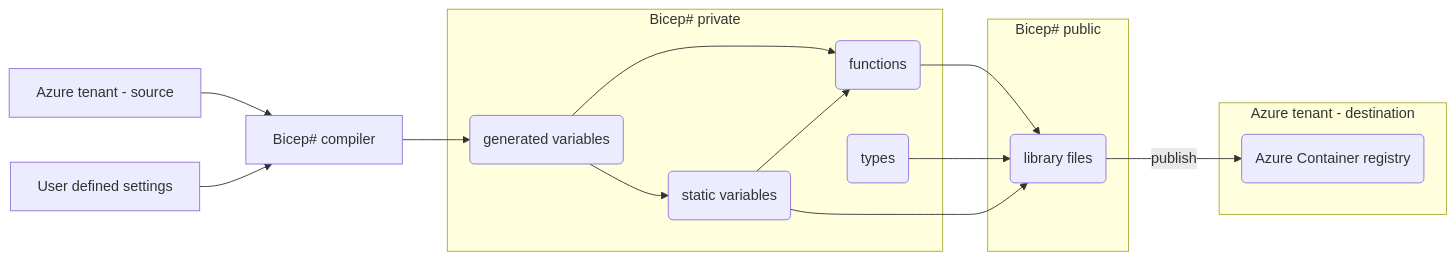
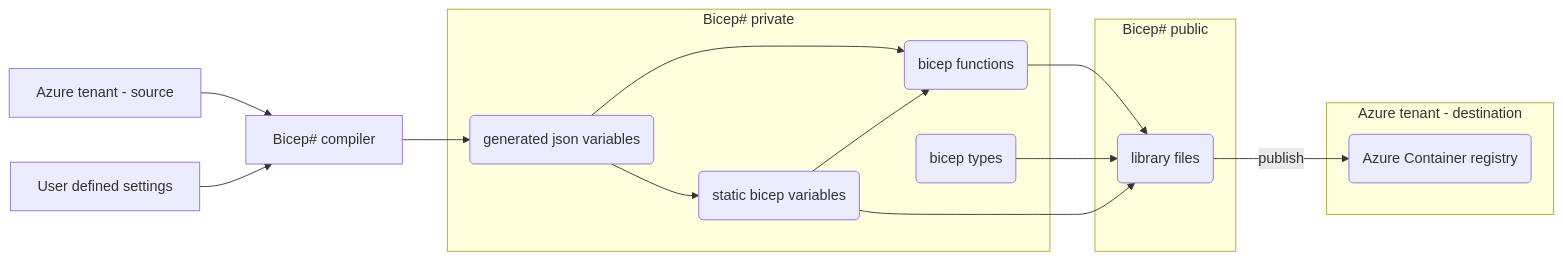
The diagram in README.md (erwinkramer/bicep-sharp), drawn with Mermaid before and after one commit.

Commit message:
improve diagram

````diff
--- a/README.md
+++ b/README.md
@@ -91,35 +91,35 @@
 ```mermaid
 flowchart LR
 
 ats[Azure tenant - source]
 udv[User defined settings]
 compiler[Bicep# compiler]
 
 subgraph atd[Azure tenant - destination]
     acr(Azure Container registry)
 end
 
 subgraph Bicep# public
     publib(library files)
 end
 
 subgraph Bicep# private
-    pconst --> pfunc(functions)
-    pgen(generated variables) --> pfunc
-    ptypes(types)
+    pconst --> pfunc(bicep functions)
+    pgen(generated json variables) --> pfunc
+    ptypes(bicep types)
     pgen --> pconst
-    pconst(static variables)
+    pconst(static bicep variables)
 end
 
 
 pfunc --> publib
 pconst --> publib
 ptypes --> publib
 
 publib -- publish --> acr
 
 ats --> compiler
 udv --> compiler
 
 compiler --> pgen
 ```
````
